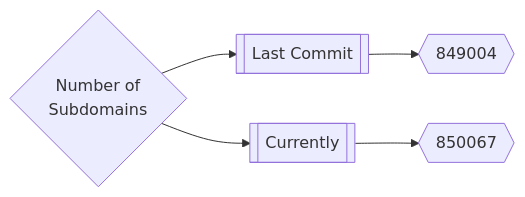
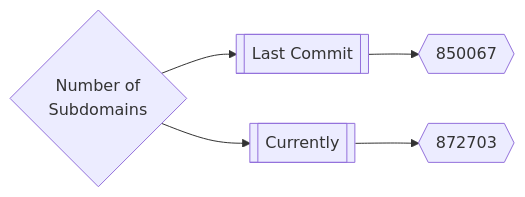
One commit to trickest/inventory changed the first of 3 diagrams in README.md. Above: the diagram before and after it, drawn with Mermaid. The commit also changed other lines of this file, not shown here.

Commit message:
Update README.md Wed Jun  8 19:02:28 UTC 2022

````diff
--- a/README.md
+++ b/README.md
@@ -165,5 +165,5 @@
 ```mermaid
 graph LR
-title{Number of<br>Subdomains} --> subdomainsDate1[[Last Commit]] --> subdomainsNum1{{849004}}
-title --> subdomainsDate2[[Currently]] --> subdomainsNum2{{850067}}
+title{Number of<br>Subdomains} --> subdomainsDate1[[Last Commit]] --> subdomainsNum1{{850067}}
+title --> subdomainsDate2[[Currently]] --> subdomainsNum2{{872703}}
 ```
````
